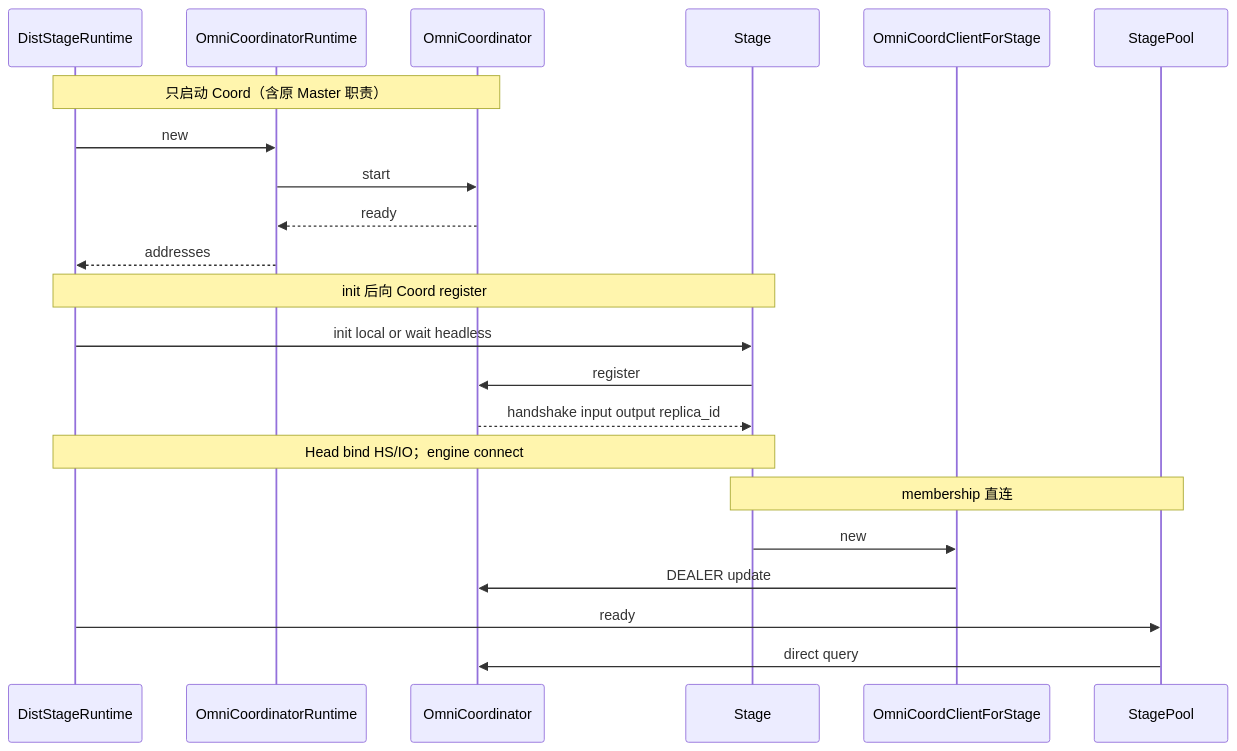
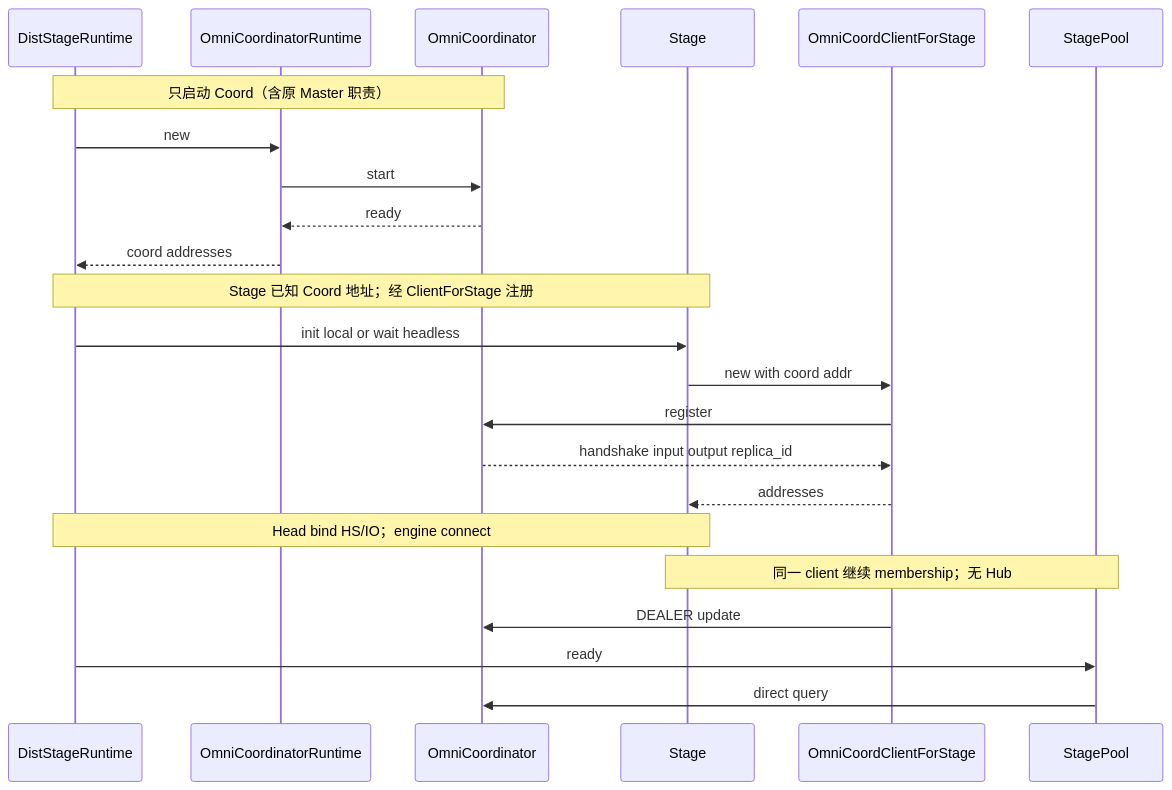
The fifth of 6 diagrams in refactor/omni_coordinator_analysis.zh.md (vllm-project/vllm-omni), drawn with Mermaid before and after one commit. The commit also changed other lines of this file and 3 other files, not shown here.

First line of the commit message:
[Docs] Lock PR2 Decision B: ClientForStage register, drop Hub

````diff
--- a/refactor/omni_coordinator_analysis.zh.md
+++ b/refactor/omni_coordinator_analysis.zh.md
@@ -365,27 +371,28 @@
 ```mermaid
 sequenceDiagram
   participant Head as DistStageRuntime
   participant RT as OmniCoordinatorRuntime
   participant OC as OmniCoordinator
   participant Stage as Stage
   participant SC as OmniCoordClientForStage
   participant Pool as StagePool
 
   Note over Head,OC: 只启动 Coord（含原 Master 职责）
   Head->>RT: new
   RT->>OC: start
   OC-->>RT: ready
-  RT-->>Head: addresses
+  RT-->>Head: coord addresses
 
-  Note over Head,Stage: init 后向 Coord register
+  Note over Head,Stage: Stage 已知 Coord 地址；经 ClientForStage 注册
   Head->>Stage: init local or wait headless
-  Stage->>OC: register
-  OC-->>Stage: handshake input output replica_id
+  Stage->>SC: new with coord addr
+  SC->>OC: register
+  OC-->>SC: handshake input output replica_id
+  SC-->>Stage: addresses
   Note over Head,Stage: Head bind HS/IO；engine connect
 
-  Note over Stage,Pool: membership 直连
-  Stage->>SC: new
+  Note over Stage,Pool: 同一 client 继续 membership；无 Hub
   SC->>OC: DEALER update
   Head->>Pool: ready
   Pool->>OC: direct query
 ```
````
